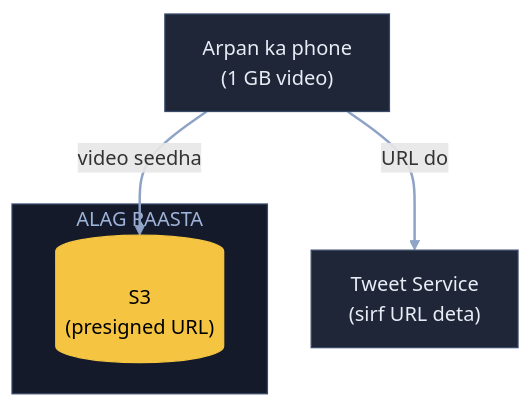
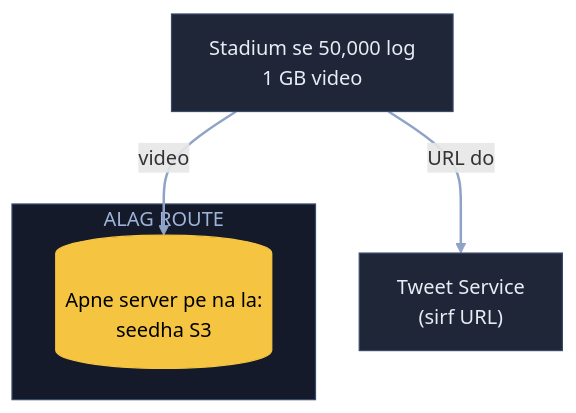
The tenth of 15 diagrams in 04_HLD/SYSTEM_DESIGNS/03_twitter_feed/03_twitter_feed.md (ArpanMaheshwari144/Prep), drawn with Mermaid before and after one commit. The commit also changed other lines of this file, not shown here.

Commit message:
Twitter: 15 diagram hand notes ke shabdon se, K1 heading + K9 line notes jaisi

````diff
--- a/04_HLD/SYSTEM_DESIGNS/03_twitter_feed/03_twitter_feed.md
+++ b/04_HLD/SYSTEM_DESIGNS/03_twitter_feed/03_twitter_feed.md
@@ -341,16 +322,16 @@
 ```mermaid
 flowchart TB
-    A["Arpan ka phone<br/>(1 GB video)"]:::card
-    TS["Tweet Service<br/>(sirf URL deta)"]:::card
-    subgraph AR["ALAG RAASTA"]
-        S3[("S3<br/>(presigned URL)")]:::pill
+    A["Stadium se 50,000 log<br/>1 GB video"]:::card
+    TS["Tweet Service<br/>(sirf URL)"]:::card
+    subgraph AR["ALAG ROUTE"]
+        S3[("Apne server pe na la:<br/>seedha S3")]:::pill
     end
     A -- "URL do" --> TS
-    A -- "video seedha" --> S3
+    A -- "video" --> S3
     linkStyle default stroke:#8fa3c7,stroke-width:2px
     classDef card fill:#1e2638,stroke:#3a4a6b,color:#e8ecf5
     classDef pill fill:#f5c542,stroke:#f5c542,color:#000
     classDef good fill:#2e7d4f,stroke:#3fbf6f,color:#fff
     classDef bad fill:#5c1f24,stroke:#e05561,color:#fff
     style AR fill:#141a29,stroke:#3a4a6b,color:#9fb3d9
 ```
````
